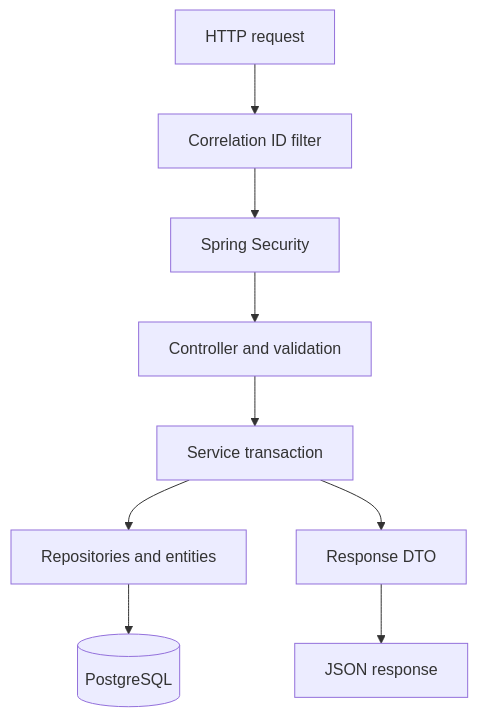
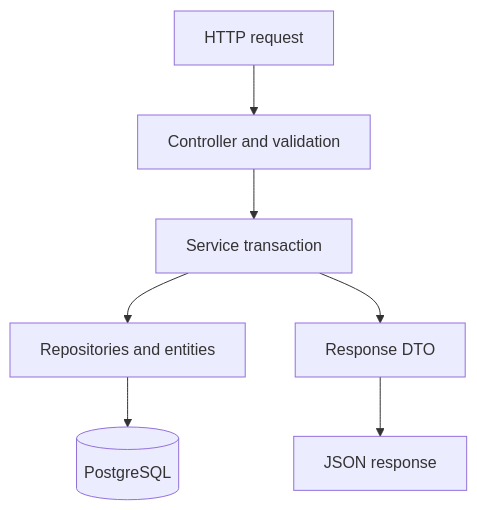
One commit to janandlead/product-service changed the first of 3 diagrams in docs/DEVELOPMENT_NOTES.md. Above: the diagram before and after it, drawn with Mermaid. The commit also changed other lines of this file and 22 other files, not shown here.

````diff
--- a/docs/DEVELOPMENT_NOTES.md
+++ b/docs/DEVELOPMENT_NOTES.md
@@ -21,11 +21,9 @@
 ```mermaid
 flowchart TD
-    A[HTTP request] --> B[Correlation ID filter]
-    B --> C[Spring Security]
-    C --> D[Controller and validation]
-    D --> E[Service transaction]
-    E --> F[Repositories and entities]
-    F --> G[(PostgreSQL)]
-    E --> H[Response DTO]
-    H --> I[JSON response]
+    A[HTTP request] --> B[Controller and validation]
+    B --> C[Service transaction]
+    C --> D[Repositories and entities]
+    D --> E[(PostgreSQL)]
+    C --> F[Response DTO]
+    F --> G[JSON response]
 ```
````
